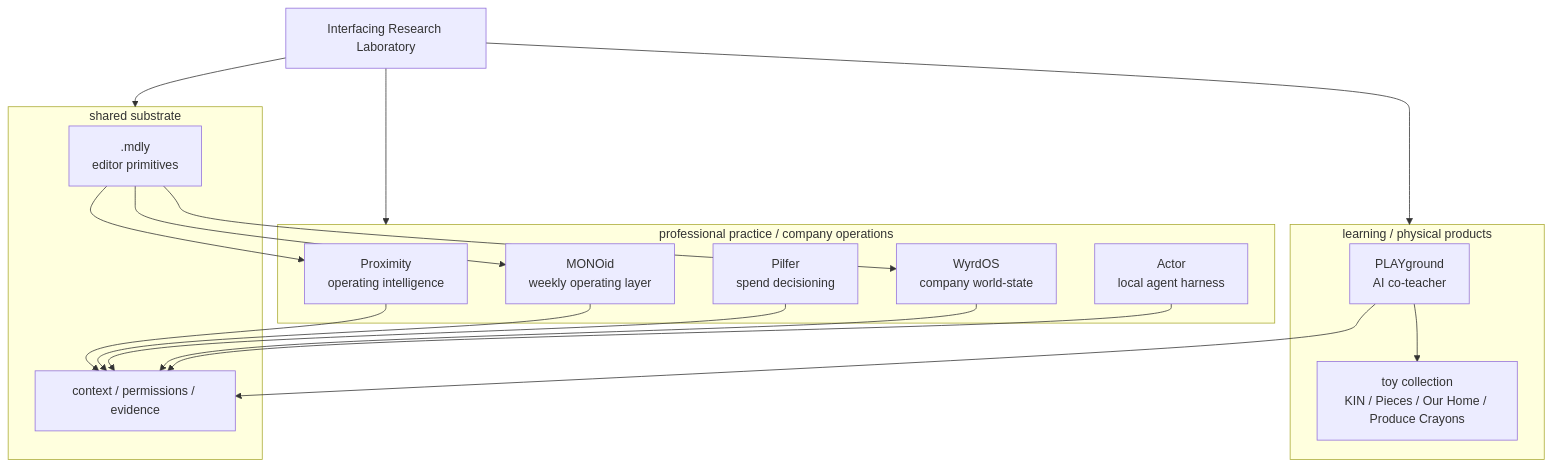
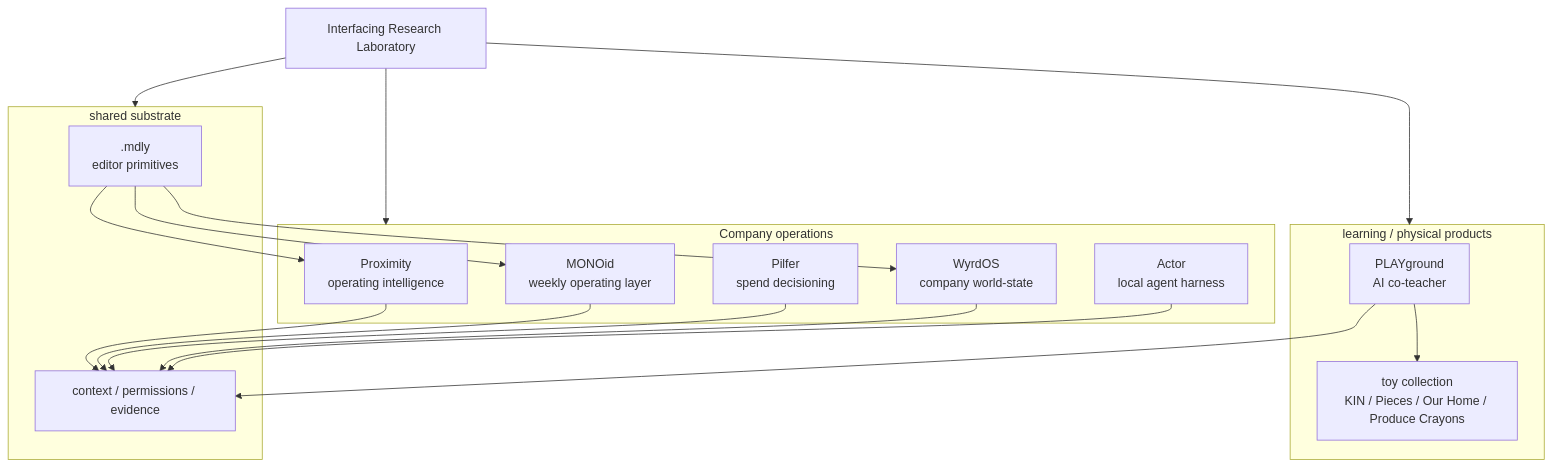
Before and after one commit to aCommittedGit/aCommittedGit: the diagram in README.md, drawn with Mermaid. The commit also changed other lines of this file, not shown here.

First line of the commit message:
Revise flowchart labels and clean up content

````diff
--- a/README.md
+++ b/README.md
@@ -51,37 +51,37 @@
 ```mermaid
 flowchart TB
     IRL["Interfacing Research Laboratory"]
 
-    subgraph Practice["professional practice / company operations"]
+    subgraph Practice["Company operations"]
       Proximity["Proximity<br/>operating intelligence"]
       MONOid["MONOid<br/>weekly operating layer"]
       Pilfer["Pilfer<br/>spend decisioning"]
       WyrdOS["WyrdOS<br/>company world-state"]
       Actor["Actor<br/>local agent harness"]
     end
 
     subgraph Learning["learning / physical products"]
       PLAYground["PLAYground<br/>AI co-teacher"]
       Toys["toy collection<br/>KIN / Pieces / Our Home / Produce Crayons"]
     end
 
     subgraph Substrate["shared substrate"]
       Mdly[".mdly<br/>editor primitives"]
       Context["context / permissions / evidence"]
     end
 
     IRL --> Practice
     IRL --> Learning
     IRL --> Substrate
 
     Proximity --> Context
     MONOid --> Context
     Pilfer --> Context
     WyrdOS --> Context
     Actor --> Context
     PLAYground --> Toys
     PLAYground --> Context
     Mdly --> Proximity
     Mdly --> MONOid
     Mdly --> WyrdOS
 ```
````
